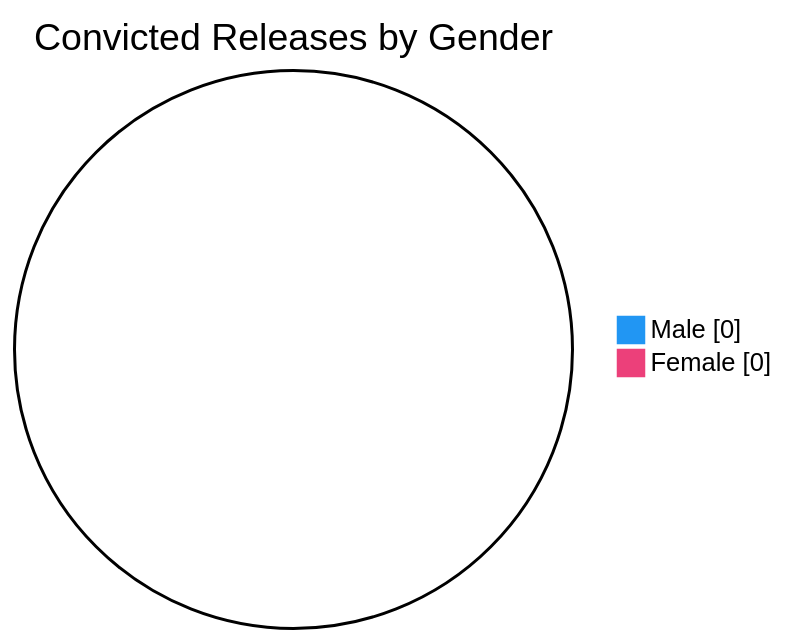
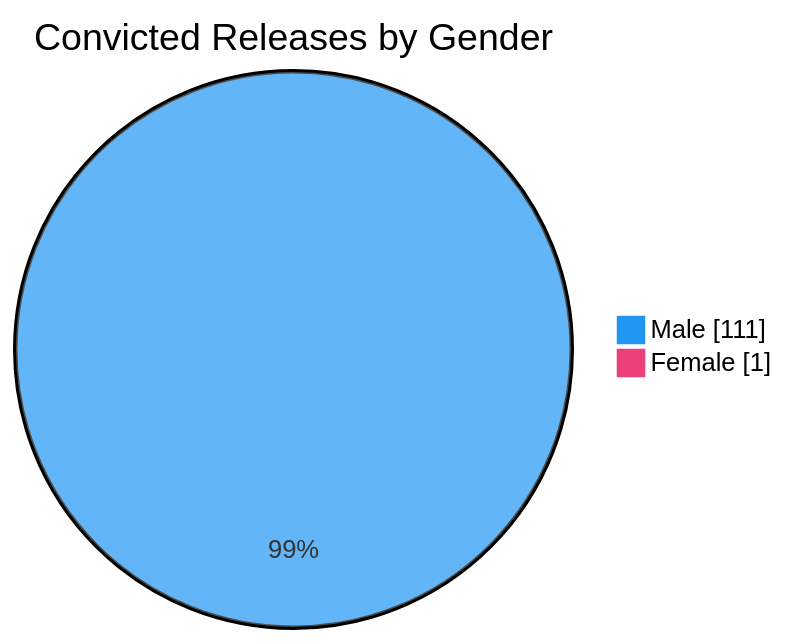
The sixth of 7 diagrams in README.md (nuuuwan/lk_prisons), drawn with Mermaid before and after one commit. The commit also changed other lines of this file and 1 other file, not shown here.

````diff
--- a/README.md
+++ b/README.md
@@ -98,6 +98,6 @@
 ```mermaid
 %%{init: {'themeVariables': {'pie1': '#2196F3', 'pie2': '#EC407A'}}}%%
 pie showData title Convicted Releases by Gender
-    "Male" : 0
-    "Female" : 0
+    "Male" : 111
+    "Female" : 1
 ```
````
